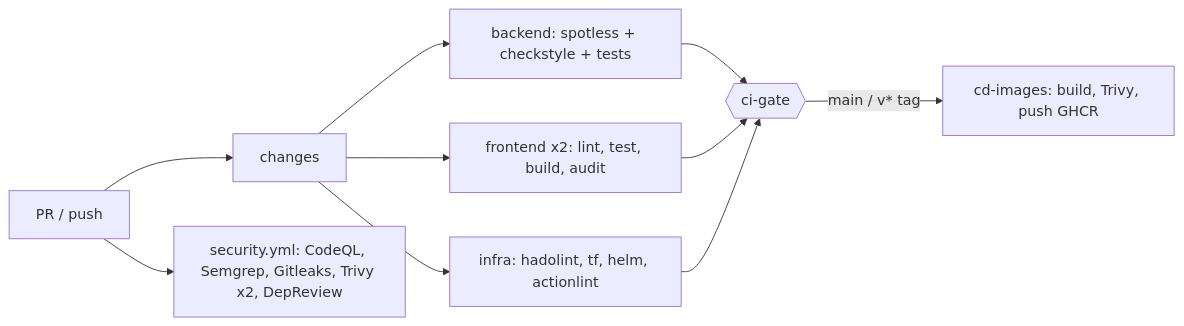
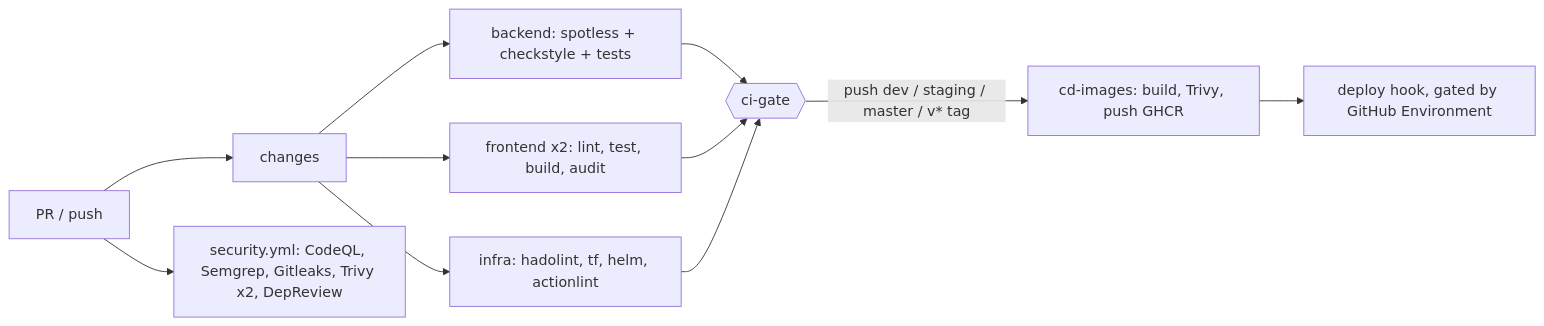
The diagram in docs/guides/ci-cd.md (akashmadduru/Projects), drawn with Mermaid before and after one commit. The commit also changed other lines of this file and 8 other files, not shown here.

First line of the commit message:
[feat] Environment pipelines: dev/staging/master, promote, release tags

````diff
--- a/docs/guides/ci-cd.md
+++ b/docs/guides/ci-cd.md
@@ -14,10 +15,11 @@
 ```mermaid
 flowchart LR
   PR[PR / push] --> CH[changes]
   CH --> BE[backend: spotless + checkstyle + tests]
   CH --> FE[frontend x2: lint, test, build, audit]
   CH --> IN[infra: hadolint, tf, helm, actionlint]
   BE & FE & IN --> GATE{{ci-gate}}
   PR --> SEC[security.yml: CodeQL, Semgrep, Gitleaks, Trivy x2, DepReview]
-  GATE -->|main / v* tag| CD[cd-images: build, Trivy, push GHCR]
+  GATE -->|push dev / staging / master / v* tag| CD[cd-images: build, Trivy, push GHCR]
+  CD --> DEP[deploy hook, gated by GitHub Environment]
 ```
````
